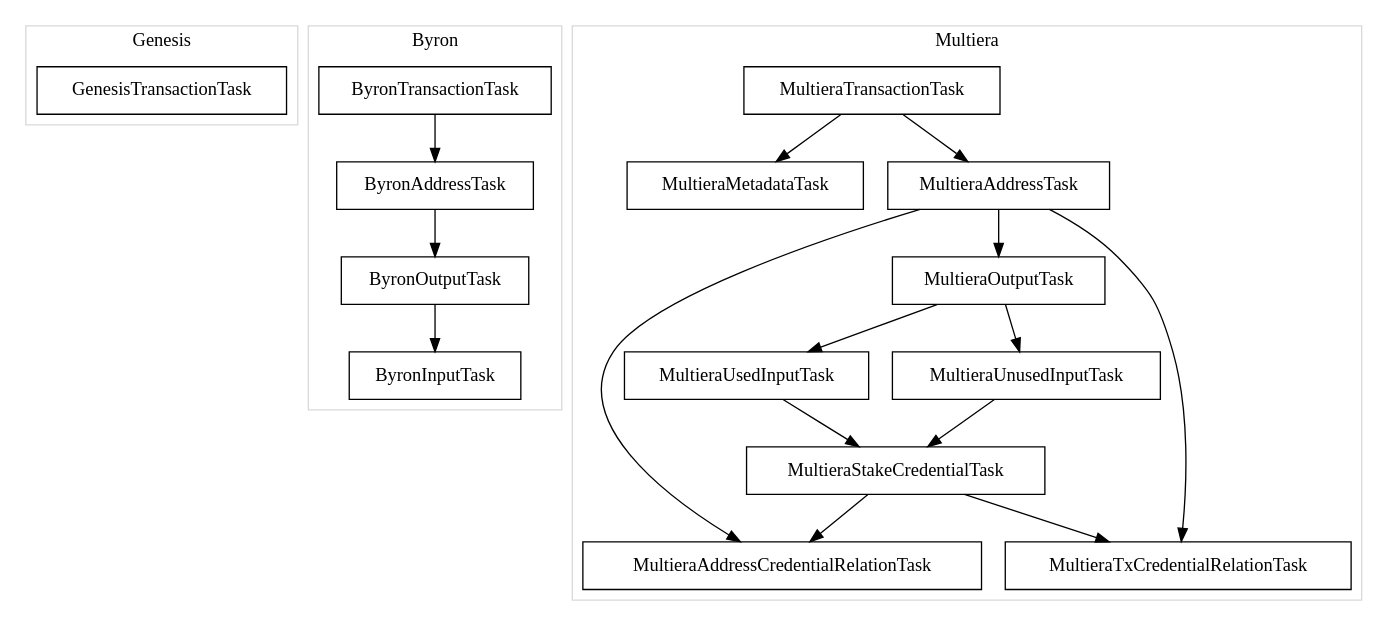
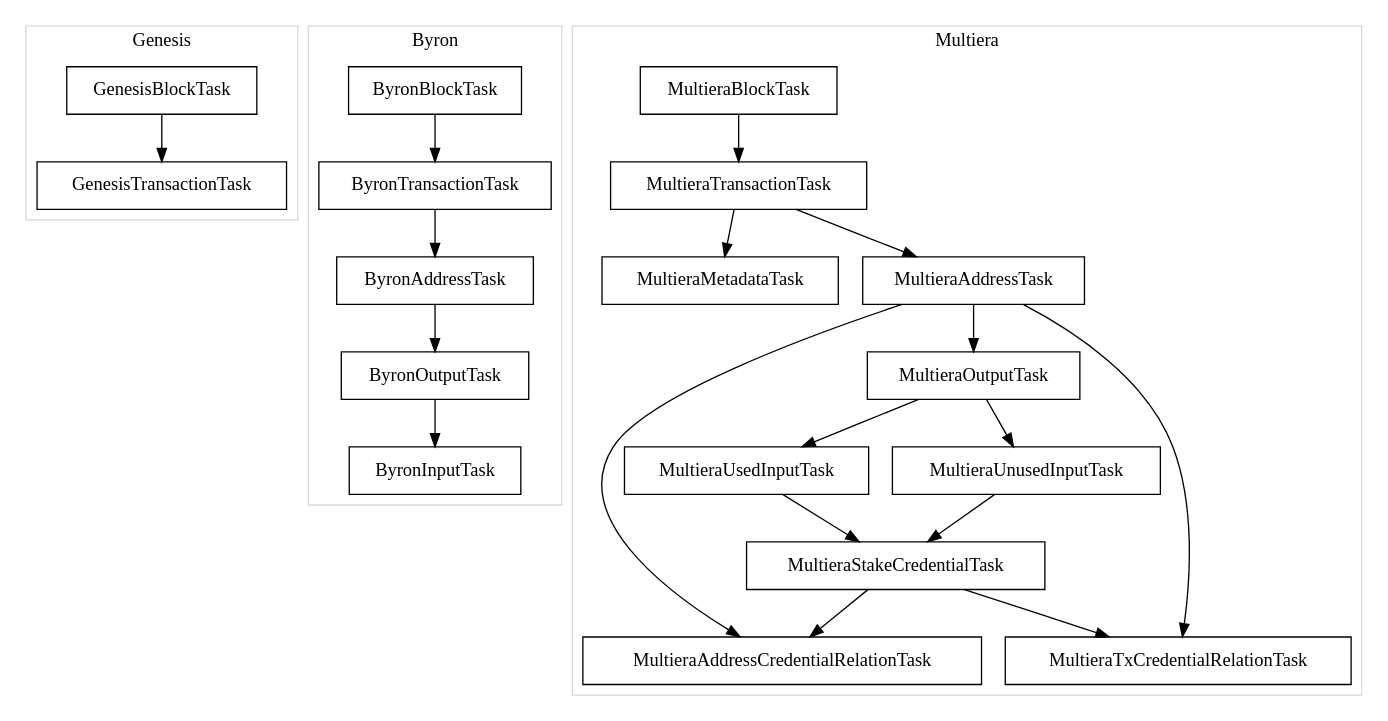
Before and after one commit to dcSpark/carp: the diagram in docs/bin/default.dot, drawn with Graphviz. The commit also changed 26 other files, not shown here.

Commit message:
Block parsing as task

```diff
--- a/docs/bin/default.dot
+++ b/docs/bin/default.dot
@@ -1,65 +1,74 @@
 digraph default {
 subgraph cluster_Genesis {
 label="Genesis";
 color="grey85";
 
 N0;
+N1;
 
 }
 
 subgraph cluster_Byron {
 label="Byron";
 color="grey85";
 
-N1;
 N2;
 N3;
 N4;
+N5;
+N6;
 
 }
 
 subgraph cluster_Multiera {
 label="Multiera";
 color="grey85";
 
-N5;
-N6;
 N7;
 N8;
 N9;
 N10;
 N11;
 N12;
 N13;
+N14;
+N15;
+N16;
 
 }
 
-    N0[label="GenesisTransactionTask"][shape="box"];
-    N1[label="ByronTransactionTask"][shape="box"];
-    N2[label="ByronAddressTask"][shape="box"];
-    N3[label="ByronOutputTask"][shape="box"];
-    N4[label="ByronInputTask"][shape="box"];
-    N5[label="MultieraTransactionTask"][shape="box"];
-    N6[label="MultieraMetadataTask"][shape="box"];
-    N7[label="MultieraAddressTask"][shape="box"];
-    N8[label="MultieraOutputTask"][shape="box"];
-    N9[label="MultieraUsedInputTask"][shape="box"];
-    N10[label="MultieraUnusedInputTask"][shape="box"];
-    N11[label="MultieraStakeCredentialTask"][shape="box"];
-    N12[label="MultieraAddressCredentialRelationTask"][shape="box"];
-    N13[label="MultieraTxCredentialRelationTask"][shape="box"];
-    N1 -> N2[label=""];
+    N0[label="GenesisBlockTask"][shape="box"];
+    N1[label="GenesisTransactionTask"][shape="box"];
+    N2[label="ByronBlockTask"][shape="box"];
+    N3[label="ByronTransactionTask"][shape="box"];
+    N4[label="ByronAddressTask"][shape="box"];
+    N5[label="ByronOutputTask"][shape="box"];
+    N6[label="ByronInputTask"][shape="box"];
+    N7[label="MultieraBlockTask"][shape="box"];
+    N8[label="MultieraTransactionTask"][shape="box"];
+    N9[label="MultieraMetadataTask"][shape="box"];
+    N10[label="MultieraAddressTask"][shape="box"];
+    N11[label="MultieraOutputTask"][shape="box"];
+    N12[label="MultieraUsedInputTask"][shape="box"];
+    N13[label="MultieraUnusedInputTask"][shape="box"];
+    N14[label="MultieraStakeCredentialTask"][shape="box"];
+    N15[label="MultieraAddressCredentialRelationTask"][shape="box"];
+    N16[label="MultieraTxCredentialRelationTask"][shape="box"];
+    N0 -> N1[label=""];
     N2 -> N3[label=""];
     N3 -> N4[label=""];
+    N4 -> N5[label=""];
     N5 -> N6[label=""];
-    N5 -> N7[label=""];
     N7 -> N8[label=""];
     N8 -> N9[label=""];
     N8 -> N10[label=""];
-    N9 -> N11[label=""];
     N10 -> N11[label=""];
-    N7 -> N12[label=""];
     N11 -> N12[label=""];
-    N7 -> N13[label=""];
     N11 -> N13[label=""];
+    N12 -> N14[label=""];
+    N13 -> N14[label=""];
+    N10 -> N15[label=""];
+    N14 -> N15[label=""];
+    N10 -> N16[label=""];
+    N14 -> N16[label=""];
 }
```
